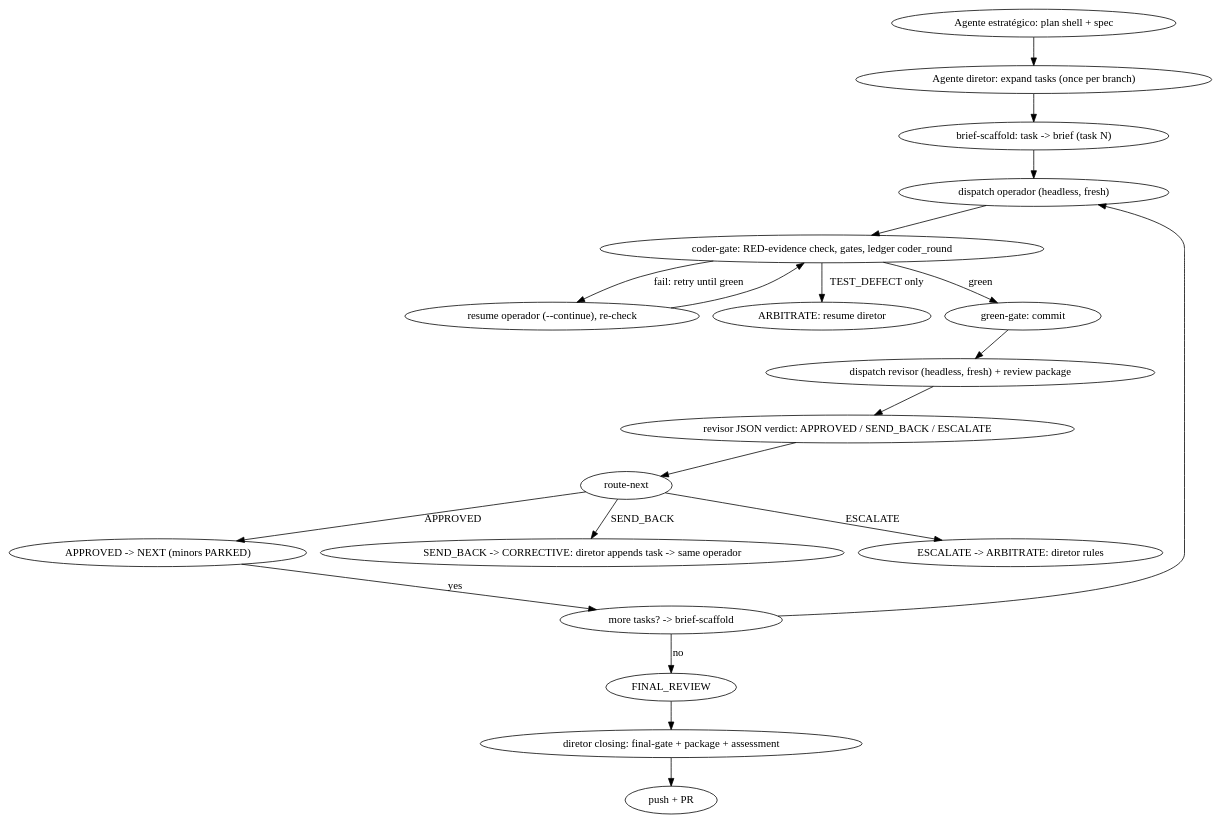
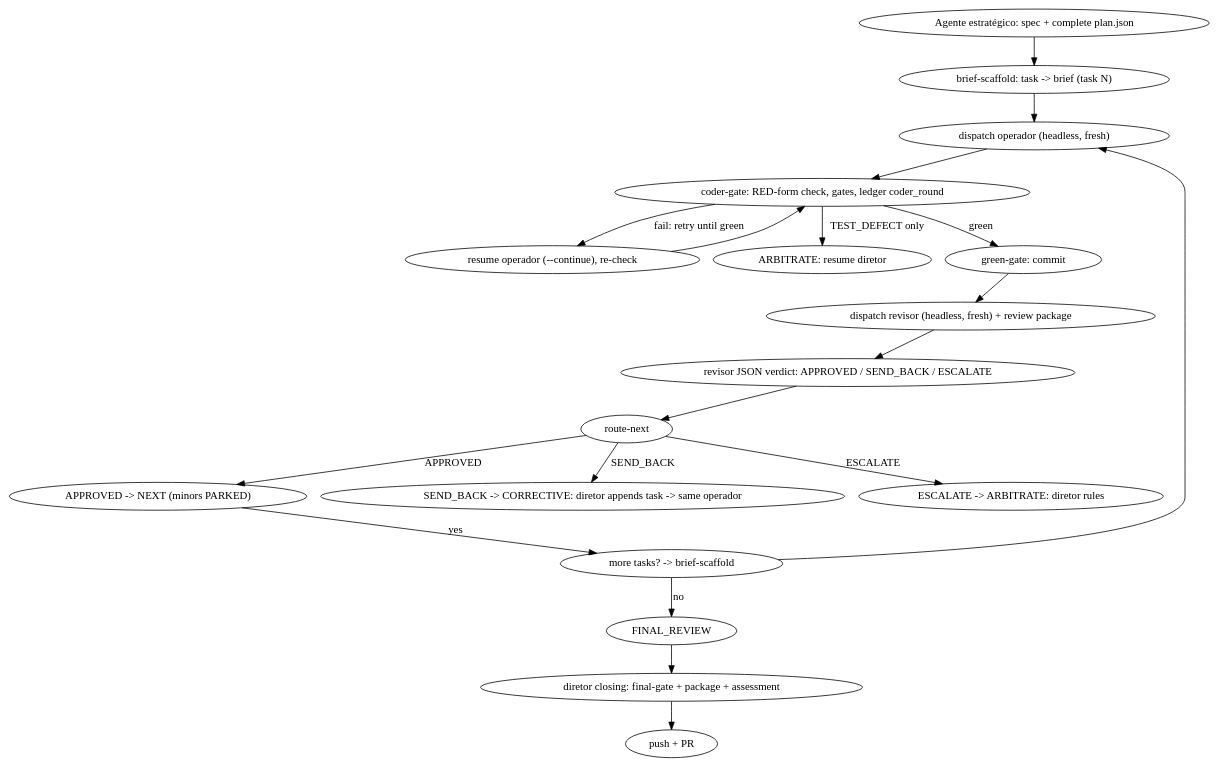
One commit to CarlosMonteiroNeto/superpowers-two-model-pipeline changed the diagram in skills/two-model-sdd-pipeline/SKILL.md. Above: the diagram before and after it, drawn with Graphviz. The commit also changed other lines of this file and 6 other files, not shown here.

Commit message:
task 6 green

````diff
--- a/skills/two-model-sdd-pipeline/SKILL.md
+++ b/skills/two-model-sdd-pipeline/SKILL.md
@@ -292,24 +308,23 @@
 ```dot
 digraph pipeline {
     rankdir=TB;
-    "Agente estratégico: plan shell + spec" -> "Agente diretor: expand tasks (once per branch)";
-    "Agente diretor: expand tasks (once per branch)" -> "brief-scaffold: task -> brief (task N)";
+    "Agente estratégico: spec + complete plan.json" -> "brief-scaffold: task -> brief (task N)";
     "brief-scaffold: task -> brief (task N)" -> "dispatch operador (headless, fresh)";
-    "dispatch operador (headless, fresh)" -> "coder-gate: RED-evidence check, gates, ledger coder_round";
-    "coder-gate: RED-evidence check, gates, ledger coder_round" -> "resume operador (--continue), re-check" [label="fail: retry until green"];
-    "resume operador (--continue), re-check" -> "coder-gate: RED-evidence check, gates, ledger coder_round";
-    "coder-gate: RED-evidence check, gates, ledger coder_round" -> "ARBITRATE: resume diretor" [label="TEST_DEFECT only"];
-    "coder-gate: RED-evidence check, gates, ledger coder_round" -> "green-gate: commit" [label="green"];
+    "dispatch operador (headless, fresh)" -> "coder-gate: RED-form check, gates, ledger coder_round";
+    "coder-gate: RED-form check, gates, ledger coder_round" -> "resume operador (--continue), re-check" [label="fail: retry until green"];
+    "resume operador (--continue), re-check" -> "coder-gate: RED-form check, gates, ledger coder_round";
+    "coder-gate: RED-form check, gates, ledger coder_round" -> "ARBITRATE: resume diretor" [label="TEST_DEFECT only"];
+    "coder-gate: RED-form check, gates, ledger coder_round" -> "green-gate: commit" [label="green"];
     "green-gate: commit" -> "dispatch revisor (headless, fresh) + review package";
     "dispatch revisor (headless, fresh) + review package" -> "revisor JSON verdict: APPROVED / SEND_BACK / ESCALATE";
     "revisor JSON verdict: APPROVED / SEND_BACK / ESCALATE" -> "route-next";
     "route-next" -> "APPROVED -> NEXT (minors PARKED)" [label="APPROVED"];
     "route-next" -> "SEND_BACK -> CORRECTIVE: diretor appends task -> same operador" [label="SEND_BACK"];
     "route-next" -> "ESCALATE -> ARBITRATE: diretor rules" [label="ESCALATE"];
     "APPROVED -> NEXT (minors PARKED)" -> "more tasks? -> brief-scaffold" [label="yes"];
     "more tasks? -> brief-scaffold" -> "dispatch operador (headless, fresh)";
     "more tasks? -> brief-scaffold" -> "FINAL_REVIEW" [label="no"];
     "FINAL_REVIEW" -> "diretor closing: final-gate + package + assessment";
     "diretor closing: final-gate + package + assessment" -> "push + PR";
 }
 ```
````
